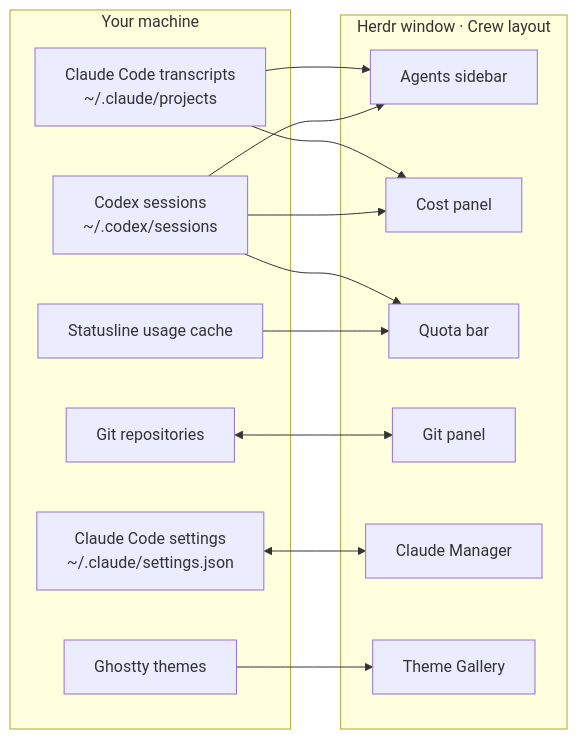
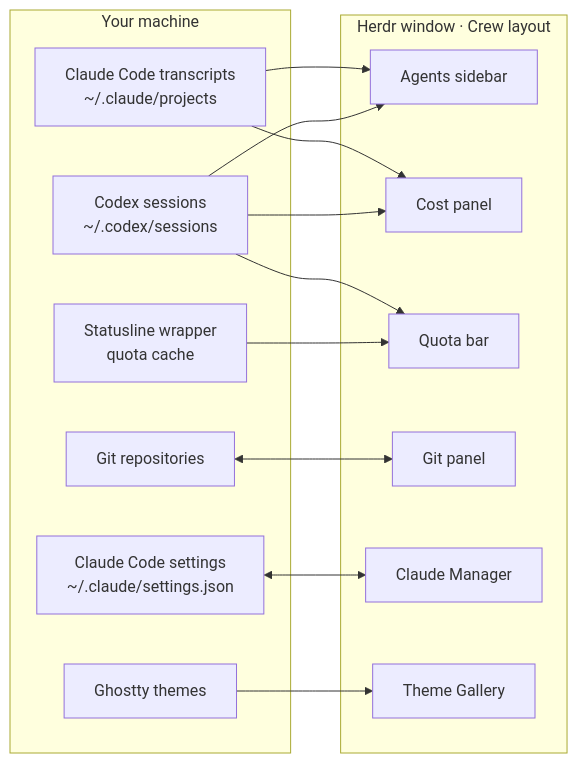
Before and after one commit to h4ckm1n-dev/herdr-mods: the diagram in README.md, drawn with Mermaid. The commit also changed other lines of this file and 1376 other files, not shown here.

````diff
--- a/README.md
+++ b/README.md
@@ -140,28 +478,28 @@
 ```mermaid
 flowchart LR
   subgraph disk[Your machine]
     T[Claude Code transcripts<br/>~/.claude/projects]
-    Q[Statusline usage cache]
+    Q[Statusline wrapper<br/>quota cache]
     X[Codex sessions<br/>~/.codex/sessions]
     S[Claude Code settings<br/>~/.claude/settings.json]
     G[Git repositories]
     H[Ghostty themes]
   end
   subgraph herdr[Herdr window · Crew layout]
     A[Agents sidebar]
     C[Cost panel]
     U[Quota bar]
     GP[Git panel]
     CM[Claude Manager]
     TG[Theme Gallery]
   end
   T --> A
   T --> C
   X --> A
   X --> C
   X --> U
   Q --> U
   S <--> CM
   G <--> GP
   H --> TG
 ```
````
